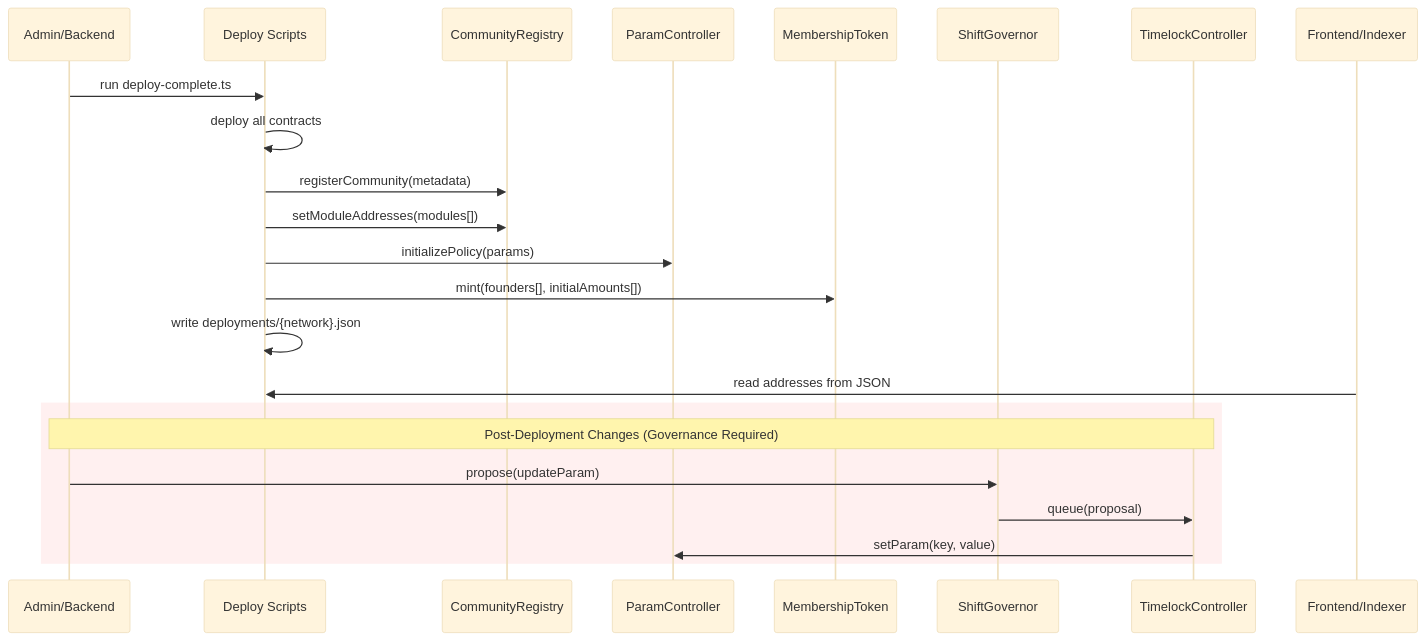
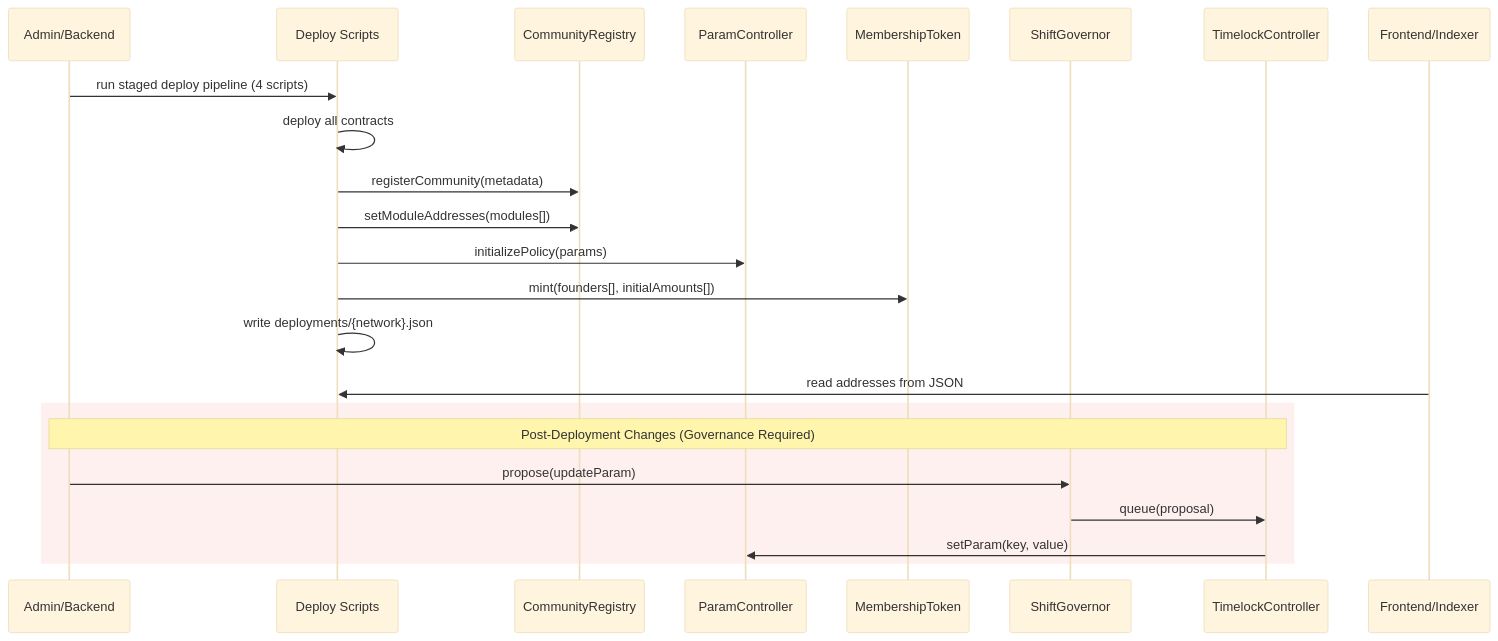
One commit to Nevtep/shift-desoc changed the ninth of 15 diagrams in docs/EN/Flows.md. Above: the diagram before and after it, drawn with Mermaid (base theme). The commit also changed other lines of this file and 14 other files, not shown here.

````diff
--- a/docs/EN/Flows.md
+++ b/docs/EN/Flows.md
@@ -433,28 +433,28 @@
 ```mermaid
 sequenceDiagram
     participant A as Admin/Backend
     participant DS as Deploy Scripts
     participant CR as CommunityRegistry
     participant PC as ParamController
     participant MT as MembershipToken
     participant SG as ShiftGovernor
     participant TL as TimelockController
     participant FE as Frontend/Indexer
 
-    A->>DS: run deploy-complete.ts
+    A->>DS: run staged deploy pipeline (4 scripts)
     DS->>DS: deploy all contracts
     DS->>CR: registerCommunity(metadata)
     DS->>CR: setModuleAddresses(modules[])
     DS->>PC: initializePolicy(params)
     DS->>MT: mint(founders[], initialAmounts[])
     DS->>DS: write deployments/{network}.json
     
     FE->>DS: read addresses from JSON
     
     rect rgb(255, 240, 240)
         Note over A,TL: Post-Deployment Changes (Governance Required)
         A->>SG: propose(updateParam)
         SG->>TL: queue(proposal)
         TL->>PC: setParam(key, value)
     end
 ```
````
